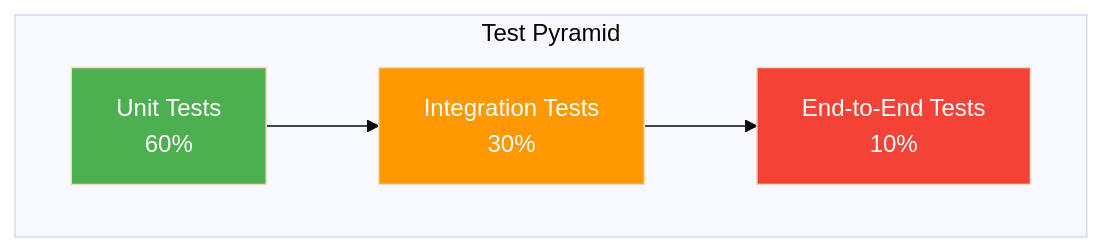
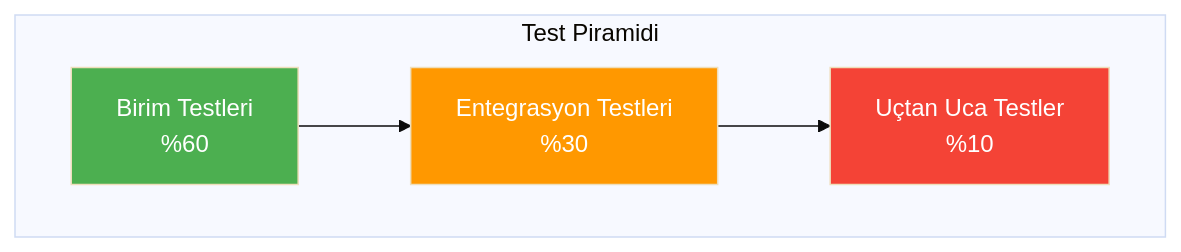
Before and after one commit to beyhanmeyrali/sap-all: the eighth of 9 diagrams in Technical Tutorials/BTP/TR/chapters/11-agent-lifecycle.md, drawn with Mermaid (base theme). The commit also changed other lines of this file and 11 other files, not shown here.

````diff
--- a/Technical Tutorials/BTP/TR/chapters/11-agent-lifecycle.md
+++ b/Technical Tutorials/BTP/TR/chapters/11-agent-lifecycle.md
@@ -368,15 +368,15 @@
 ```mermaid
 graph TD
-    subgraph "Test Pyramid"
-        E2E[End-to-End Tests<br/>10%]
-        INT[Integration Tests<br/>30%]
-        UNIT[Unit Tests<br/>60%]
+    subgraph "Test Piramidi"
+        E2E[Uçtan Uca Testler<br/>%10]
+        INT[Entegrasyon Testleri<br/>%30]
+        UNIT[Birim Testleri<br/>%60]
     end
 
     UNIT --> INT
     INT --> E2E
 
     style UNIT fill:#4CAF50,color:white
     style INT fill:#FF9800,color:white
     style E2E fill:#f44336,color:white
 ```
````
